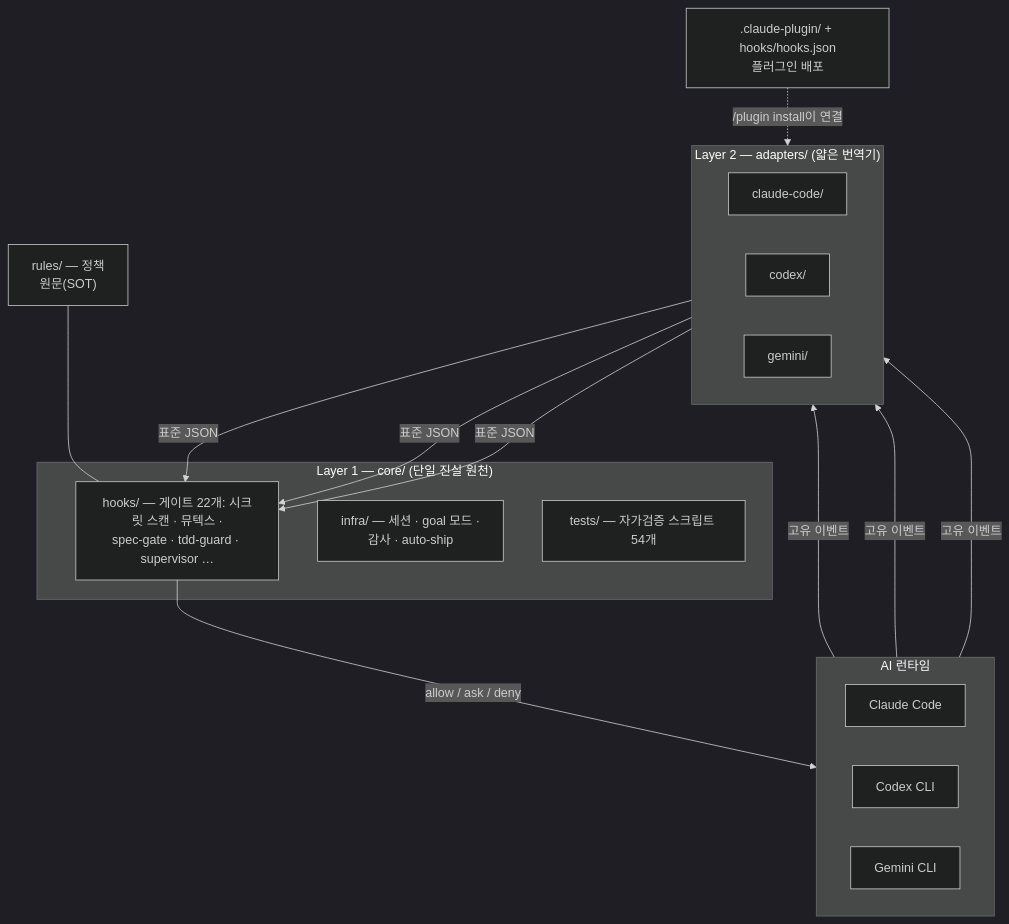
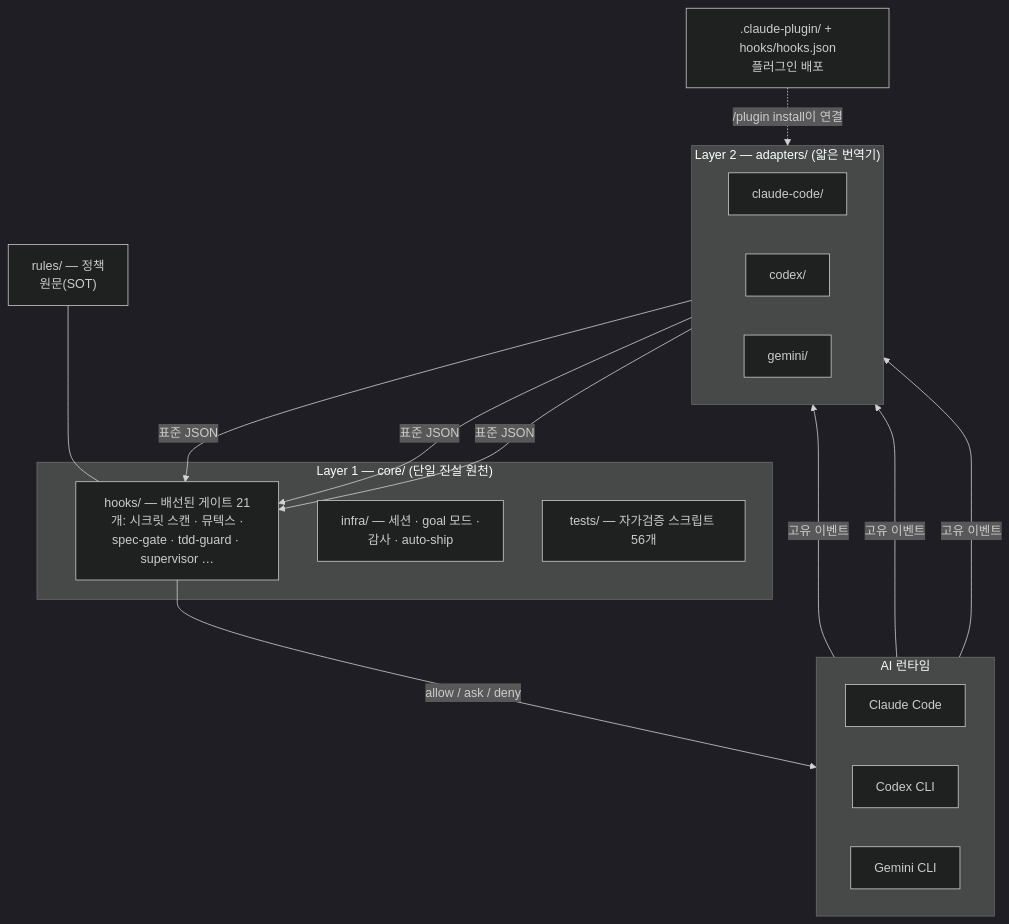
One commit to joymin5655/Agent changed the second of 5 diagrams in README.ko.md. Above: the diagram before and after it, drawn with Mermaid (dark theme). The commit also changed other lines of this file and 19 other files, not shown here.

````diff
--- a/README.ko.md
+++ b/README.ko.md
@@ -213,32 +248,32 @@
 ```mermaid
 flowchart TB
     subgraph RT["AI 런타임"]
         direction LR
         CC["Claude Code"]
         CX["Codex CLI"]
         GM["Gemini CLI"]
     end
     subgraph AD["Layer 2 — adapters/ (얇은 번역기)"]
         direction LR
         A1["claude-code/"]
         A2["codex/"]
         A3["gemini/"]
     end
     subgraph CORE["Layer 1 — core/ (단일 진실 원천)"]
-        H["hooks/ — 게이트 22개: 시크릿 스캔 · 뮤텍스 ·<br/>spec-gate · tdd-guard · supervisor …"]
+        H["hooks/ — 배선된 게이트 21개: 시크릿 스캔 · 뮤텍스 ·<br/>spec-gate · tdd-guard · supervisor …"]
         I["infra/ — 세션 · goal 모드 ·<br/>감사 · auto-ship"]
-        T["tests/ — 자가검증 스크립트 54개"]
+        T["tests/ — 자가검증 스크립트 56개"]
     end
     R["rules/ — 정책<br/>원문(SOT)"]
     PLUG[".claude-plugin/ + hooks/hooks.json<br/>플러그인 배포"]
 
     CC -->|고유 이벤트| A1
     CX -->|고유 이벤트| A2
     GM -->|고유 이벤트| A3
     A1 -->|표준 JSON| H
     A2 -->|표준 JSON| H
     A3 -->|표준 JSON| H
     H -->|"allow / ask / deny"| RT
     R --- H
     PLUG -. "/plugin install이 연결" .-> A1
 ```
````
